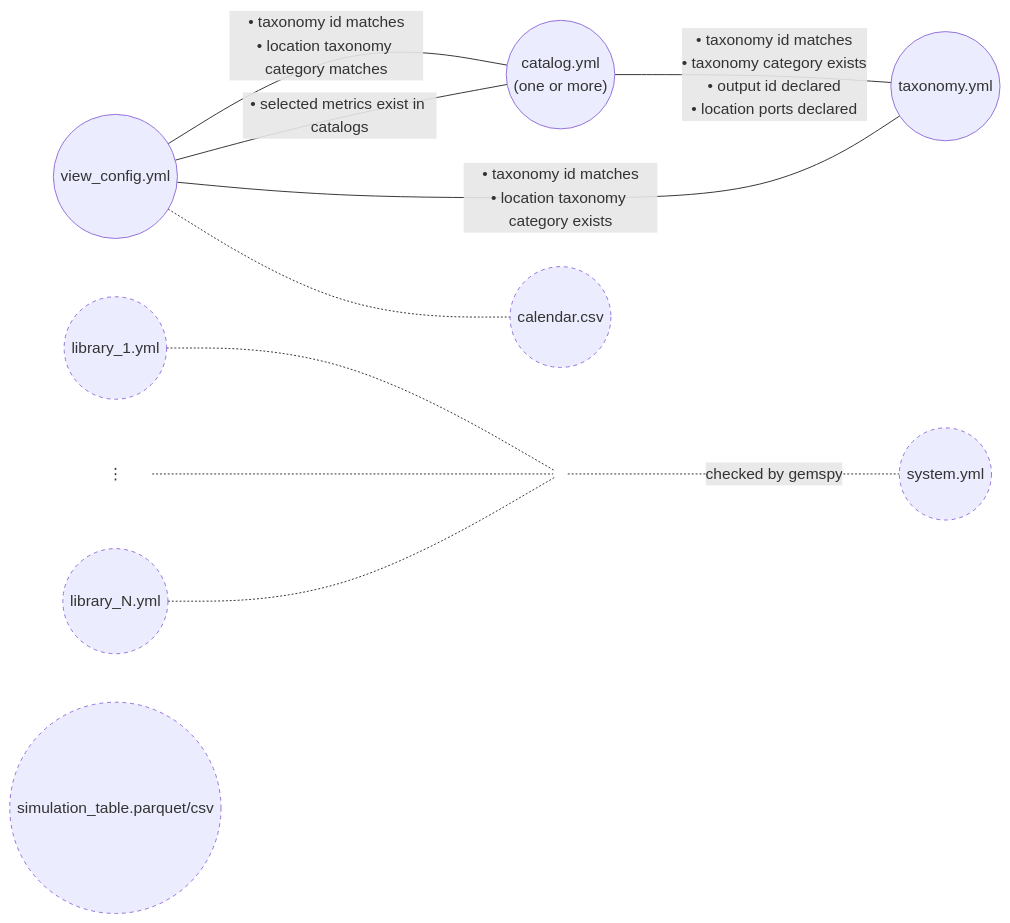
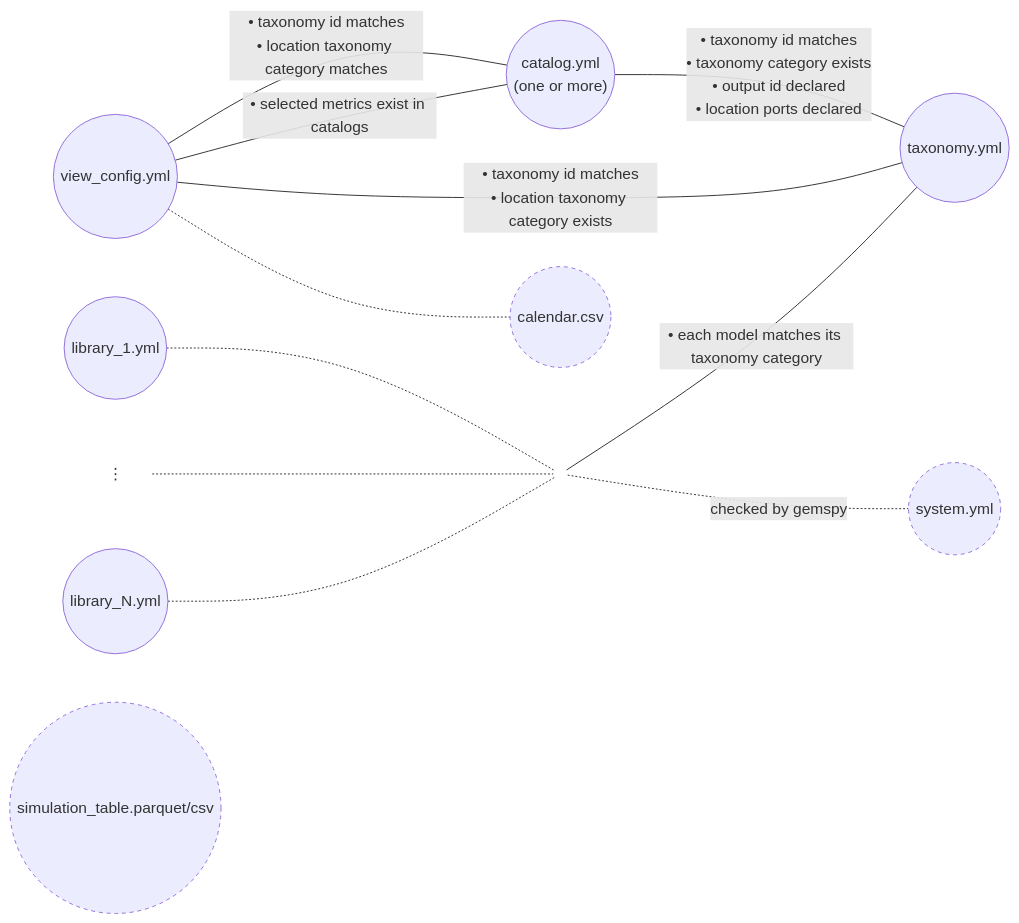
One commit to AntaresSimulatorTeam/GEMS-ViewsBuilder changed the diagram in README.md. Above: the diagram before and after it, drawn with Mermaid. The commit also changed 19 other files, not shown here.

First line of the commit message:
feat(validation): enhance library and taxonomy validation logic

````diff
--- a/README.md
+++ b/README.md
@@ -20,29 +20,30 @@
 ```mermaid
 graph LR
     catalog(("catalog.yml<br/>(one or more)"))
     taxonomy(("taxonomy.yml"))
     view_config(("view_config.yml"))
     library_1(("library_1.yml"))
     library_dots["⋮"]
     library_n(("library_N.yml"))
     library_join((" "))
     system(("system.yml"))
     simulation_table(("simulation_table.parquet/csv"))
     calendar(("calendar.csv"))
 
     catalog -- "• taxonomy id matches<br/>• taxonomy category exists<br/>• output id declared<br/>• location ports declared" --- taxonomy
     view_config -- "• taxonomy id matches<br/>• location taxonomy category exists" --- taxonomy
     view_config -- "• taxonomy id matches<br/>• location taxonomy category matches" --- catalog
     view_config -- "• selected metrics exist in catalogs" --- catalog
 
     library_1 -.- library_join
     library_dots -.- library_join
     library_n -.- library_join
+    library_join -- "• each model matches its taxonomy category" --- taxonomy
     library_join -. "checked by gemspy" .- system
     view_config -.- calendar
 
     classDef unvalidated stroke-dasharray: 4 4;
     classDef plain stroke: none, fill: none;
-    class library_1,library_n,system,simulation_table,calendar unvalidated;
+    class system,simulation_table,calendar unvalidated;
     class library_dots,library_join plain;
 ```
````
